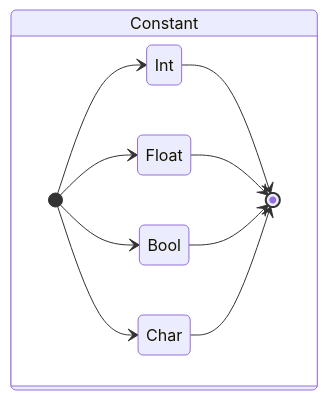
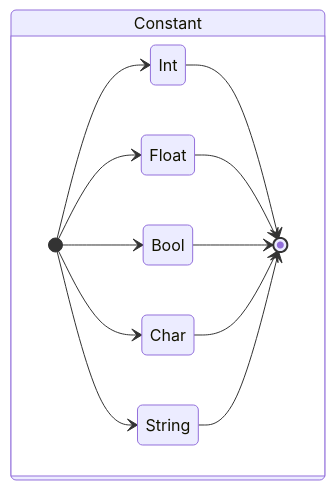
One commit to coszio/gucci-lang changed diagram 25 of 34 in docs/syntax/syntax.md. Above: the diagram before and after it, drawn with Mermaid. The commit also changed other lines of this file and 13 other files, not shown here.

````diff
--- a/docs/syntax/syntax.md
+++ b/docs/syntax/syntax.md
@@ -289,14 +293,16 @@
 ```mermaid
 stateDiagram-v2
 state Constant {
   direction LR
   [*] --> Int
   Int --> [*] 
   [*] --> Float
   Float --> [*]
   [*] --> Bool
   Bool --> [*]
   [*] --> Char
   Char --> [*]
+  [*] --> String
+  String --> [*]
 }
 ```
````
